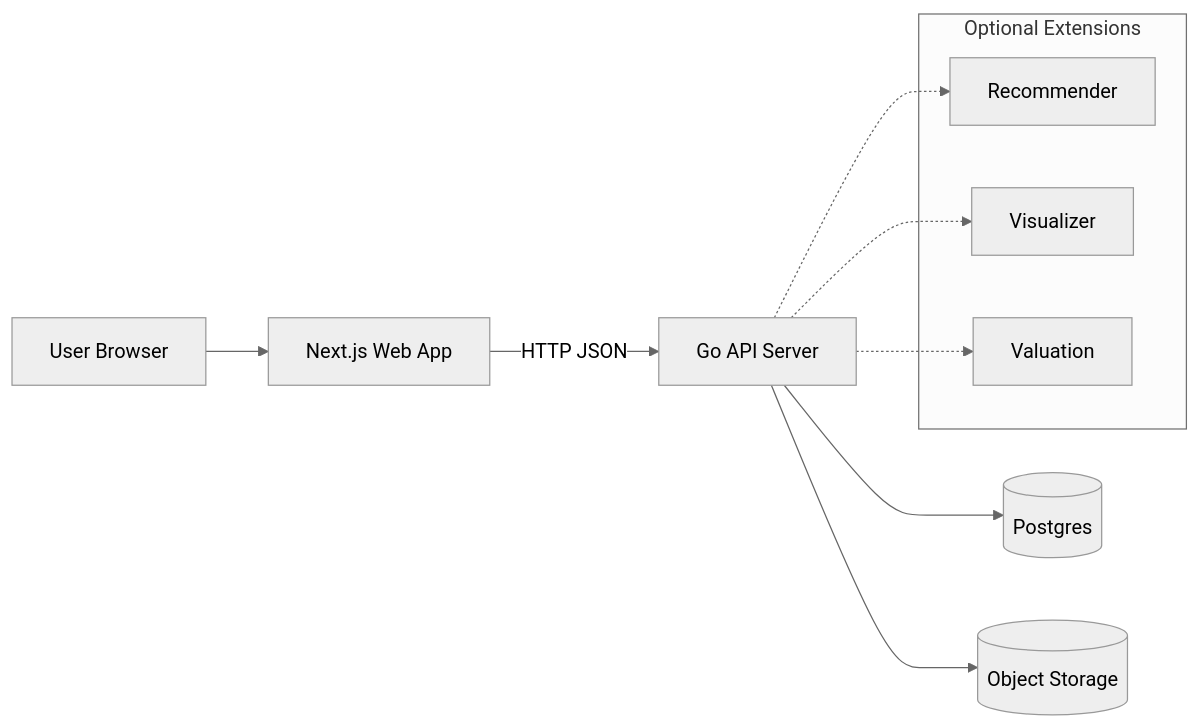
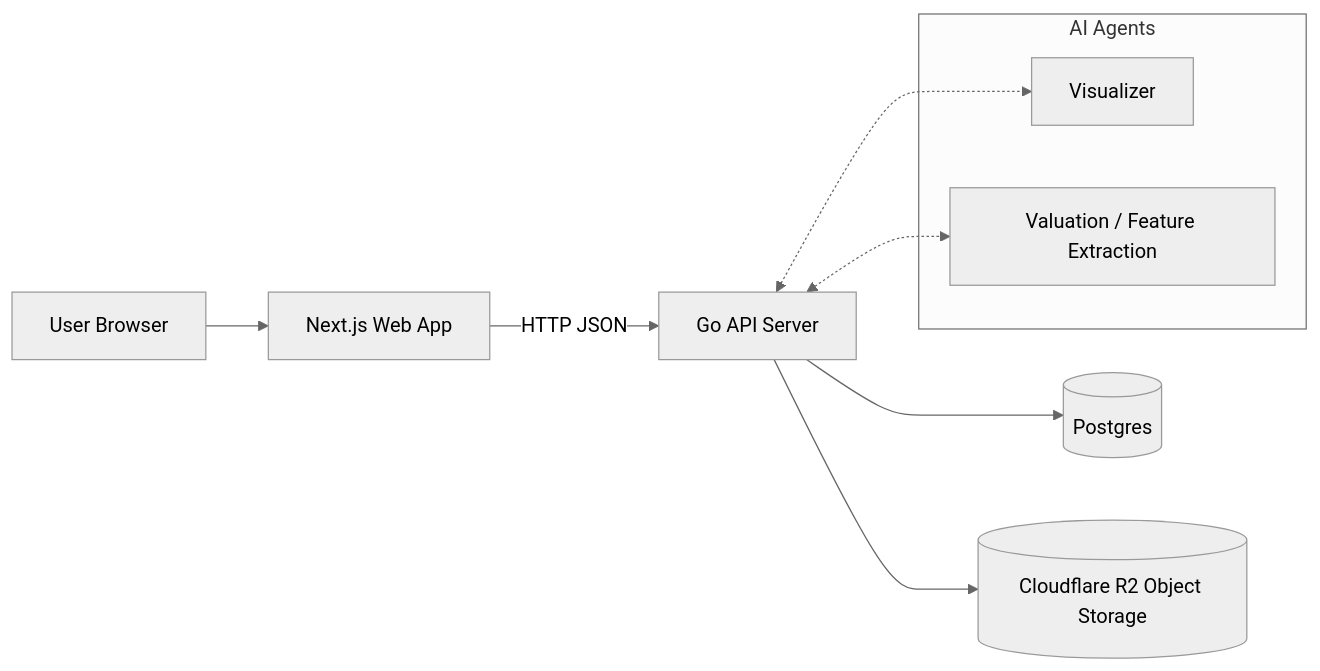
The first of 8 diagrams in docs/architecture.md (freebies-warrior/artium), drawn with Mermaid (neutral theme) before and after one commit. The commit also changed other lines of this file, not shown here.

First line of the commit message:
Update Architecture Diagram Docs (#133)

````diff
--- a/docs/architecture.md
+++ b/docs/architecture.md
@@ -28,18 +28,16 @@
 ```mermaid
 flowchart LR
   U[User Browser] --> W[Next.js Web App]
   W -->|HTTP JSON| A[Go API Server]
 
   A --> DB[(Postgres)]
-  A --> S[(Object Storage)]
+  A --> S[(Cloudflare R2 Object Storage)]
 
-  subgraph Optional Extensions
-    R[Recommender]
+  subgraph AI Agents
     V[Visualizer]
-    P[Valuation]
+    P[Valuation / Feature Extraction]
   end
 
-  A -.-> R
-  A -.-> V
-  A -.-> P
+  A <-.-> V
+  A <-.-> P
 ```
````
